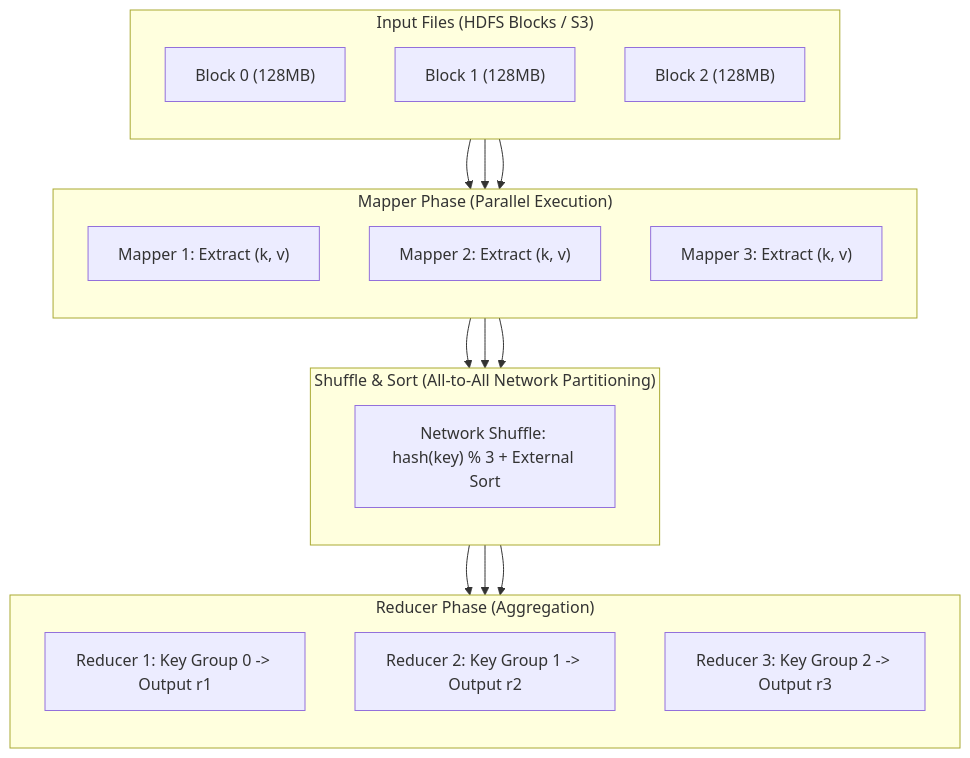
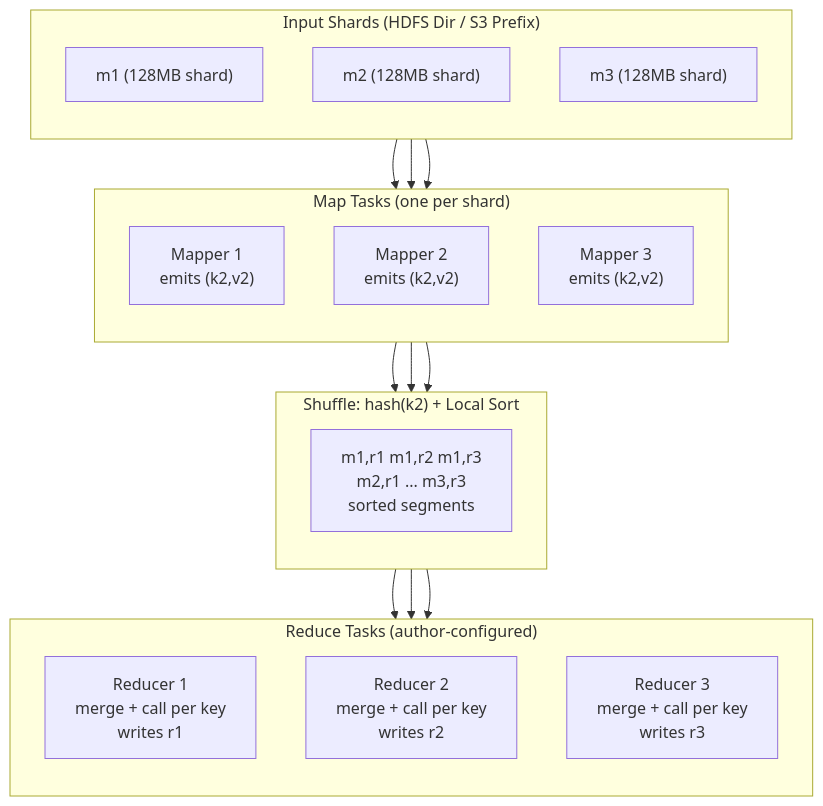
Before and after one commit to 1mimhe/books-summery: the first of 4 diagrams in 01 Designing Data-Intensive Applications/chapter-11-batch-processing.md, drawn with Mermaid. The commit also changed other lines of this file and 3 other files, not shown here.

````diff
--- a/01 Designing Data-Intensive Applications/chapter-11-batch-processing.md
+++ b/01 Designing Data-Intensive Applications/chapter-11-batch-processing.md
@@ -183,40 +228,34 @@
 ```mermaid
 flowchart TD
-  subgraph INPUTS["Input Files (HDFS Blocks / S3)"]
+  subgraph INPUTS["Input Shards (HDFS Dir / S3 Prefix)"]
     direction TB
-    IN1["Block 0 (128MB)"]
-    IN2["Block 1 (128MB)"]
-    IN3["Block 2 (128MB)"]
+    IN1["m1 (128MB shard)"]
+    IN2["m2 (128MB shard)"]
+    IN3["m3 (128MB shard)"]
   end
-
-  subgraph MAPPERS["Mapper Phase (Parallel Execution)"]
+  subgraph MAPPERS["Map Tasks (one per shard)"]
     direction TB
-    M1["Mapper 1: Extract (k, v)"]
-    M2["Mapper 2: Extract (k, v)"]
-    M3["Mapper 3: Extract (k, v)"]
+    M1["Mapper 1<br/>emits (k2,v2)"]
+    M2["Mapper 2<br/>emits (k2,v2)"]
+    M3["Mapper 3<br/>emits (k2,v2)"]
   end
-
-  subgraph SHUFFLE["Shuffle & Sort (All-to-All Network Partitioning)"]
+  subgraph SHUFFLE["Shuffle: hash(k2) + Local Sort"]
     direction TB
-    S_NET["Network Shuffle: hash(key) % 3 + External Sort"]
+    S_NET["m1,r1 m1,r2 m1,r3<br/>m2,r1 ... m3,r3<br/>sorted segments"]
   end
-
-  subgraph REDUCERS["Reducer Phase (Aggregation)"]
+  subgraph REDUCERS["Reduce Tasks (author-configured)"]
     direction TB
-    R1["Reducer 1: Key Group 0 -> Output r1"]
-    R2["Reducer 2: Key Group 1 -> Output r2"]
-    R3["Reducer 3: Key Group 2 -> Output r3"]
+    R1["Reducer 1<br/>merge + call per key<br/>writes r1"]
+    R2["Reducer 2<br/>merge + call per key<br/>writes r2"]
+    R3["Reducer 3<br/>merge + call per key<br/>writes r3"]
   end
-
   IN1 --> M1
   IN2 --> M2
   IN3 --> M3
-
-  M1 --> S_NET
-  M2 --> S_NET
-  M3 --> S_NET
-
-  S_NET --> R1
-  S_NET --> R2
-  S_NET --> R3
+  M1 --> SHUFFLE
+  M2 --> SHUFFLE
+  M3 --> SHUFFLE
+  SHUFFLE --> R1
+  SHUFFLE --> R2
+  SHUFFLE --> R3
 ```
````
